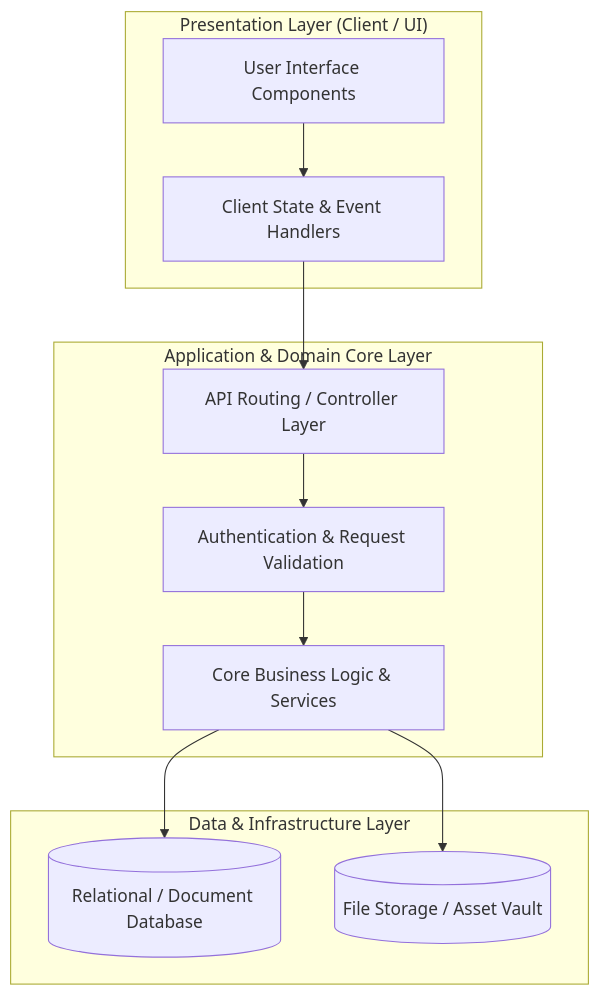
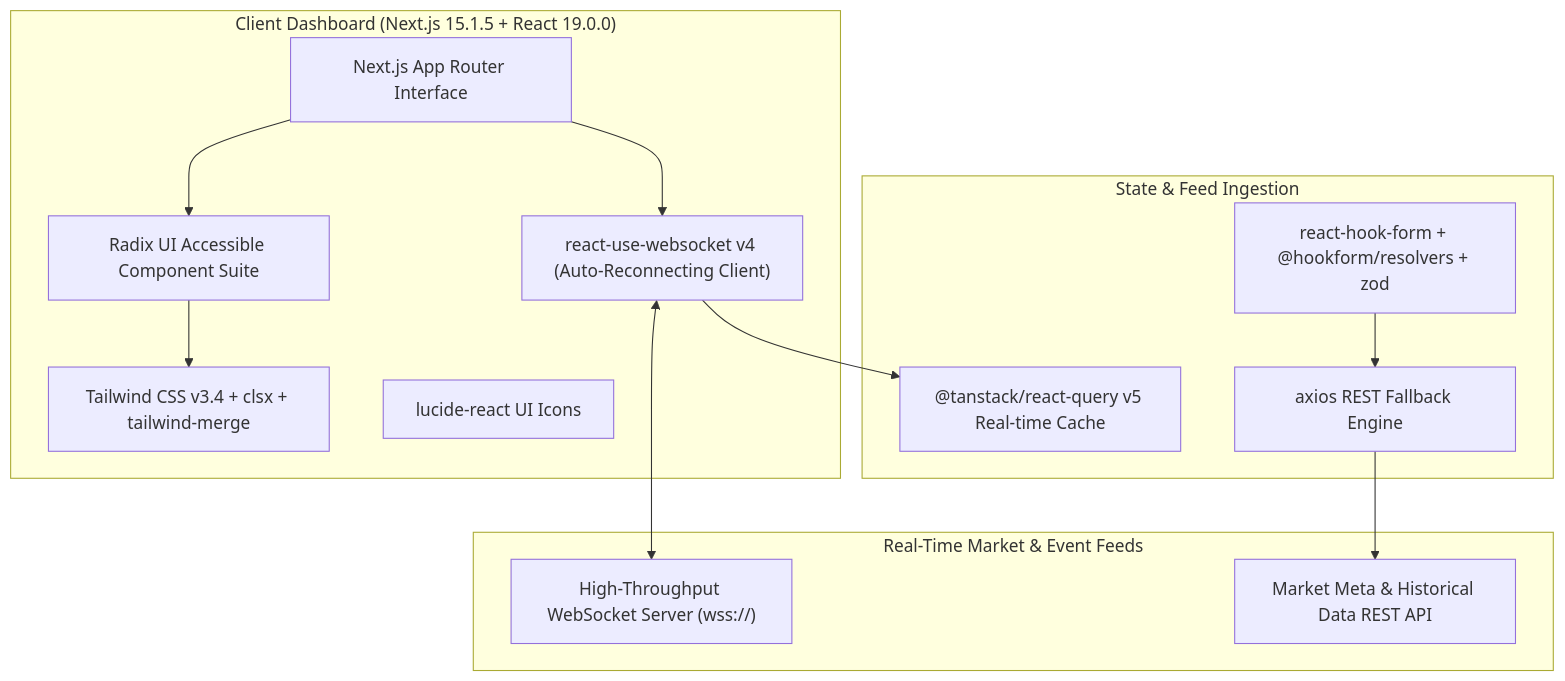
One commit to MHendriF/my-resume changed the diagram in experience/kipley-pte-ltd/overview-projects/milei/ARCHITECTURE.md. Above: the diagram before and after it, drawn with Mermaid. The commit also changed other lines of this file and 27 other files, not shown here.

Commit message:
docs: synchronize all ARCHITECTURE.md files with exact package.json and composer.json manifests

````diff
--- a/experience/kipley-pte-ltd/overview-projects/milei/ARCHITECTURE.md
+++ b/experience/kipley-pte-ltd/overview-projects/milei/ARCHITECTURE.md
@@ -16,23 +19,26 @@
 ```mermaid
 flowchart TD
-    subgraph ClientPresentation ["Presentation Layer (Client / UI)"]
-        UI["User Interface Components"]
-        ClientState["Client State & Event Handlers"]
+    subgraph ClientUI ["Client Dashboard (Next.js 15.1.5 + React 19.0.0)"]
+        AppView["Next.js App Router Interface"]
+        SocketConsumer["react-use-websocket v4 (Auto-Reconnecting Client)"]
+        RadixComponents["Radix UI Accessible Component Suite"]
+        TailwindTheme["Tailwind CSS v3.4 + clsx + tailwind-merge"]
+        LucideSet["lucide-react UI Icons"]
     end
 
-    subgraph ApplicationCore ["Application & Domain Core Layer"]
-        RouterGateway["API Routing / Controller Layer"]
-        BusinessLogic["Core Business Logic & Services"]
-        SecurityMiddleware["Authentication & Request Validation"]
+    subgraph StatePipeline ["State & Feed Ingestion"]
+        QueryEngine["@tanstack/react-query v5 Real-time Cache"]
+        FormHandler["react-hook-form + @hookform/resolvers + zod"]
+        AxiosTransport["axios REST Fallback Engine"]
     end
 
-    subgraph InfrastructureLayer ["Data & Infrastructure Layer"]
-        PrimaryStore[(Relational / Document Database)]
-        FileStore[(File Storage / Asset Vault)]
+    subgraph ExternalFeeds ["Real-Time Market & Event Feeds"]
+        WS_Relay["High-Throughput WebSocket Server (wss://)"]
+        REST_Endpoint["Market Meta & Historical Data REST API"]
     end
 
-    UI --> ClientState --> RouterGateway
-    RouterGateway --> SecurityMiddleware --> BusinessLogic
-    BusinessLogic --> PrimaryStore
-    BusinessLogic --> FileStore
+    AppView --> SocketConsumer <--> WS_Relay
+    AppView --> RadixComponents --> TailwindTheme
+    SocketConsumer --> QueryEngine
+    FormHandler --> AxiosTransport --> REST_Endpoint
 ```
````
